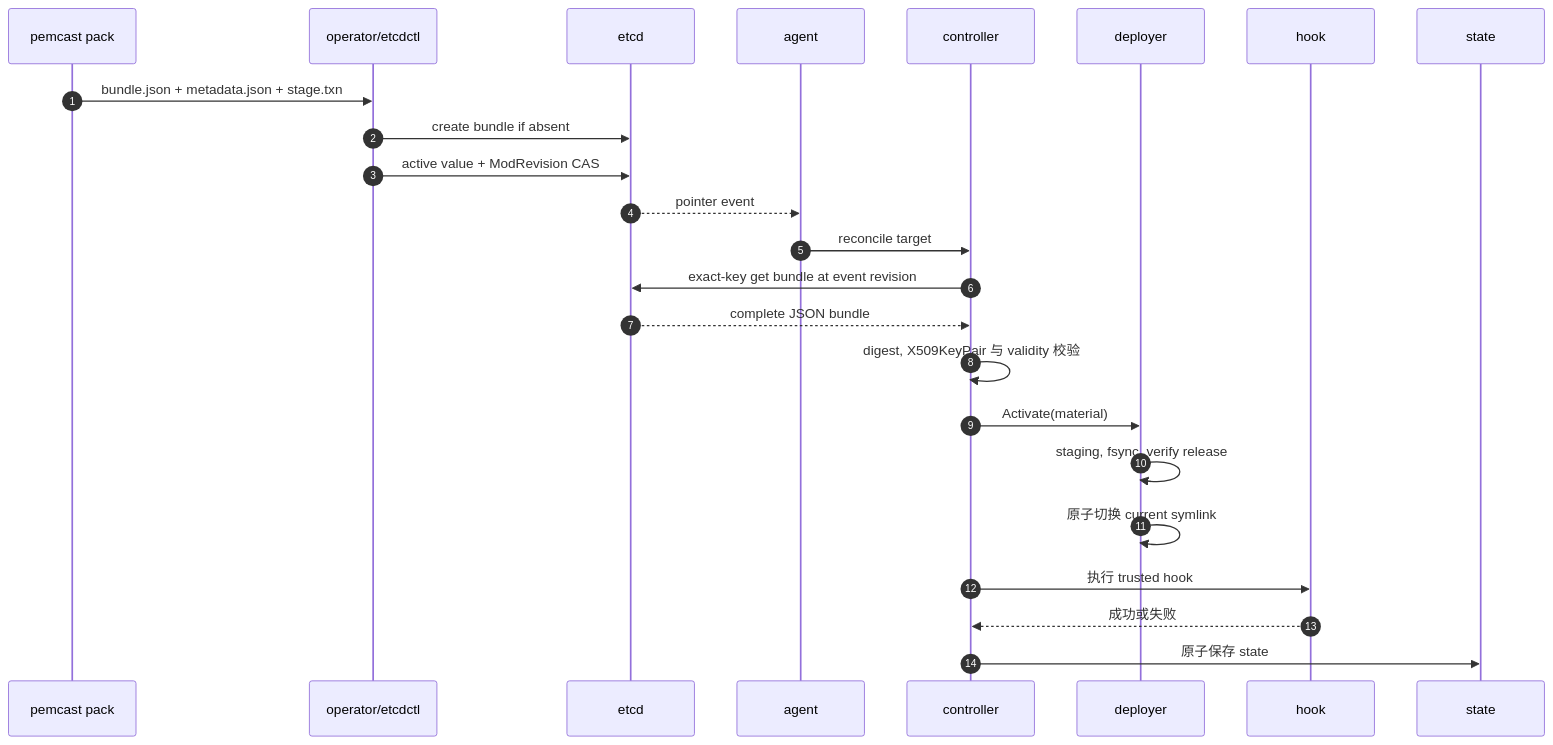
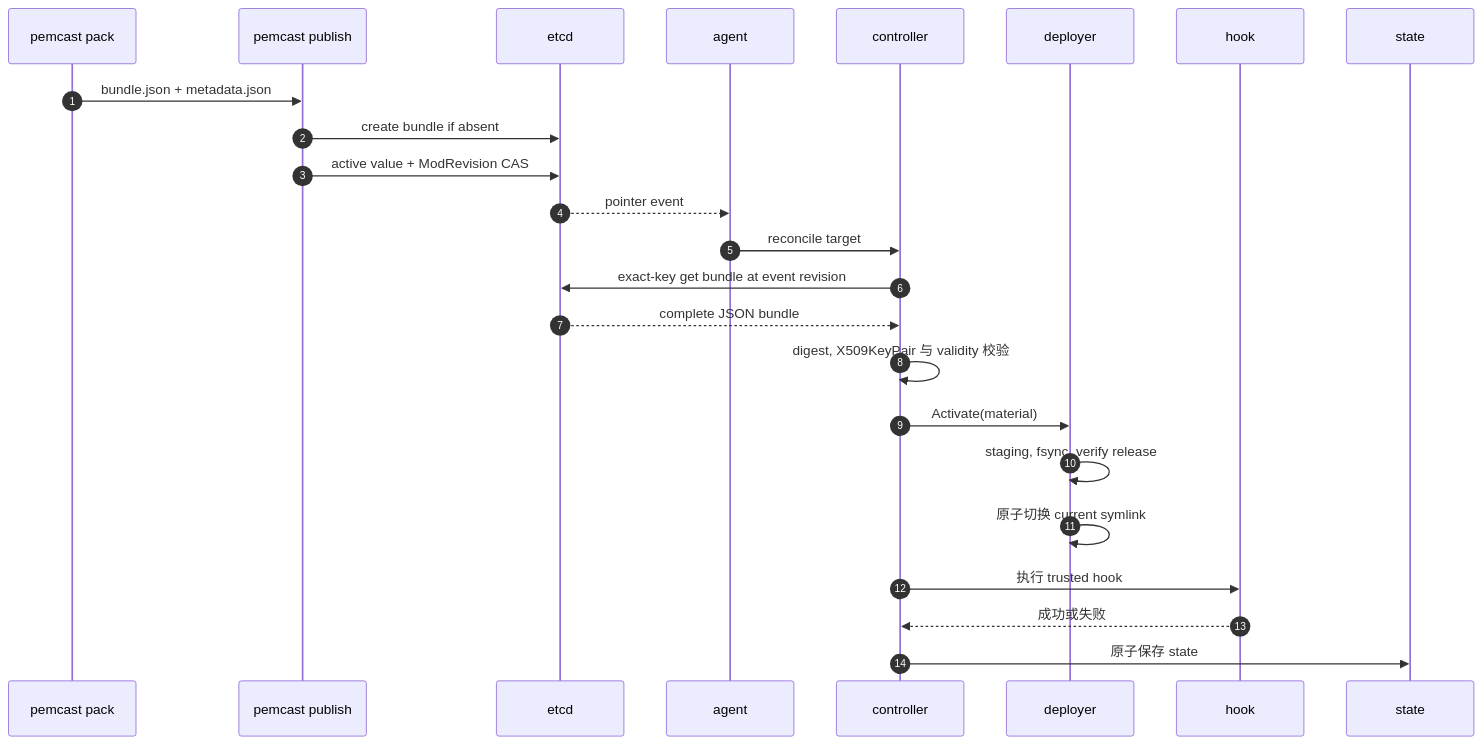
One commit to lwmacct/260907-pemcast changed the diagram in .agents/skills/repo-architecture/references/architecture.md. Above: the diagram before and after it, drawn with Mermaid. The commit also changed other lines of this file and 20 other files, not shown here.

````diff
--- a/.agents/skills/repo-architecture/references/architecture.md
+++ b/.agents/skills/repo-architecture/references/architecture.md
@@ -24,27 +24,27 @@
 ```mermaid
 sequenceDiagram
     autonumber
     participant P as pemcast pack
-    participant O as operator/etcdctl
+    participant P2 as pemcast publish
     participant E as etcd
     participant A as agent
     participant C as controller
     participant D as deployer
     participant H as hook
     participant S as state
 
-    P->>O: bundle.json + metadata.json + stage.txn
-    O->>E: create bundle if absent
-    O->>E: active value + ModRevision CAS
+    P->>P2: bundle.json + metadata.json
+    P2->>E: create bundle if absent
+    P2->>E: active value + ModRevision CAS
     E-->>A: pointer event
     A->>C: reconcile target
     C->>E: exact-key get bundle at event revision
     E-->>C: complete JSON bundle
     C->>C: digest, X509KeyPair 与 validity 校验
     C->>D: Activate(material)
     D->>D: staging, fsync, verify release
     D->>D: 原子切换 current symlink
     C->>H: 执行 trusted hook
     H-->>C: 成功或失败
     C->>S: 原子保存 state
 ```
````
